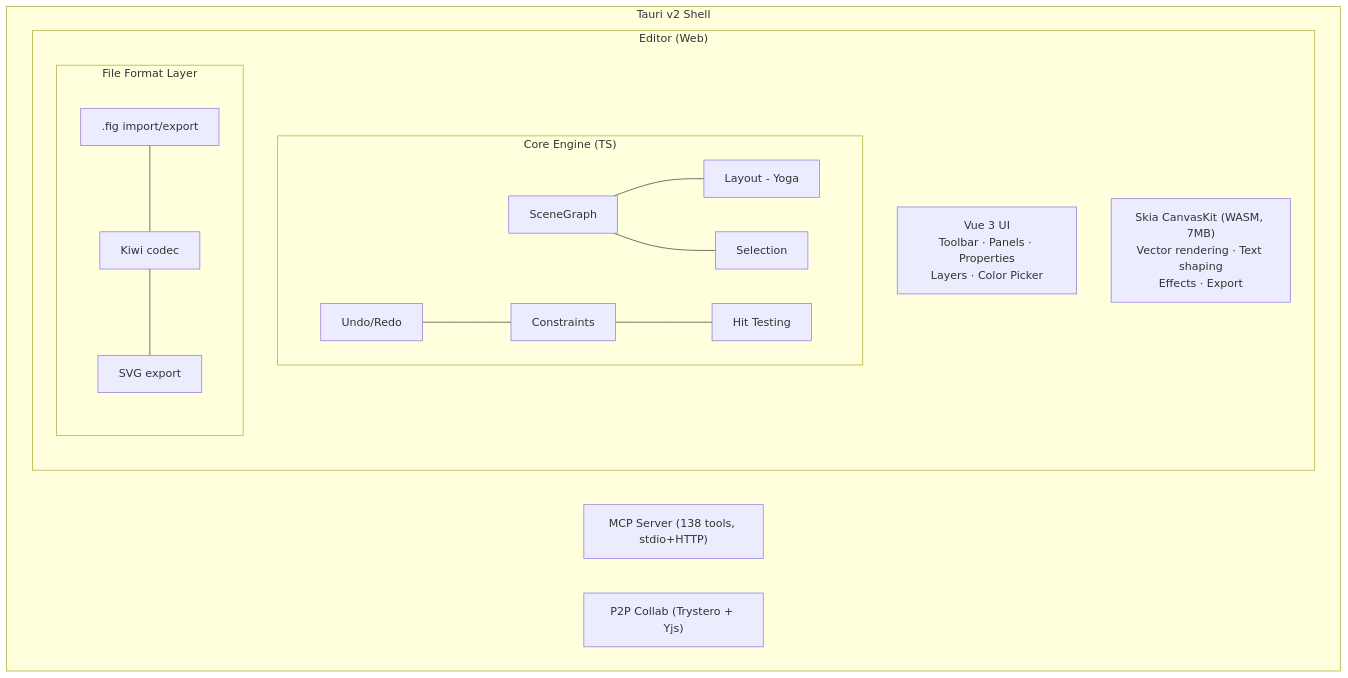
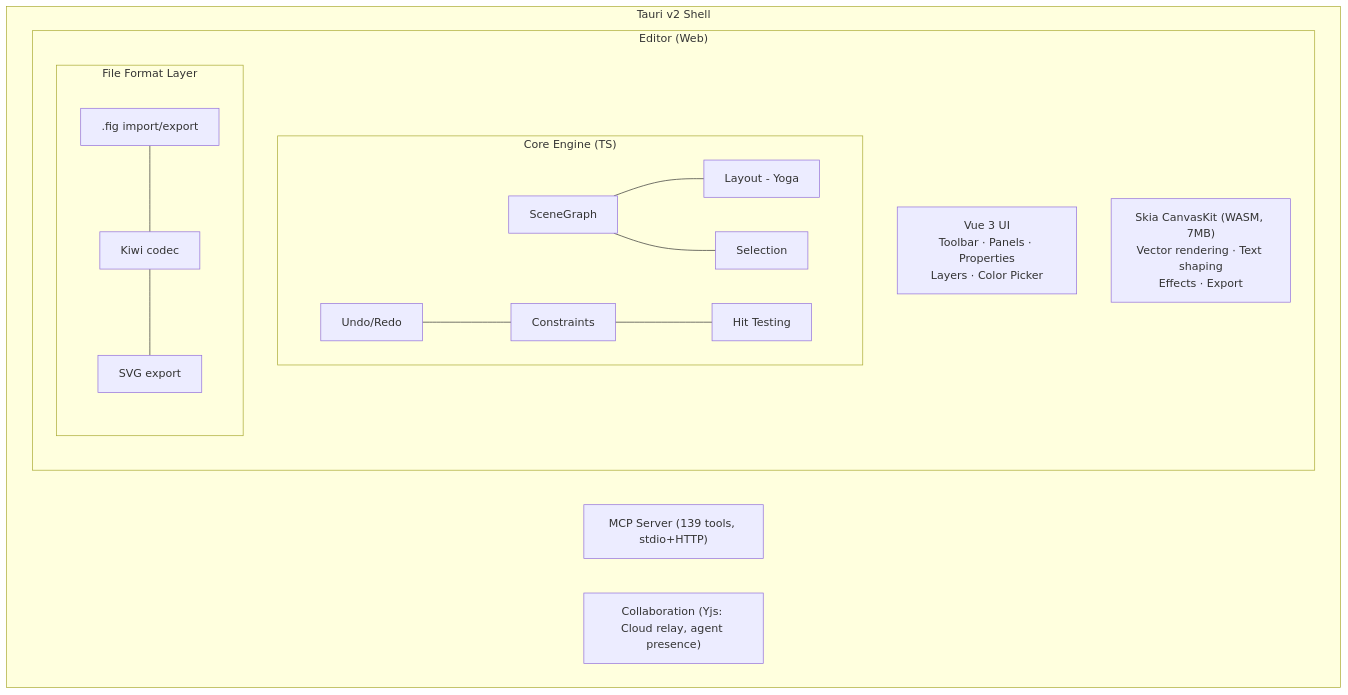
The diagram in packages/docs/development/architecture.md (BadryansahBangsawan/pairdraw), drawn with Mermaid before and after one commit. The commit also changed other lines of this file and 3 other files, not shown here.

````diff
--- a/packages/docs/development/architecture.md
+++ b/packages/docs/development/architecture.md
@@ -8,21 +8,21 @@
 ```mermaid
 graph TB
     subgraph Tauri["Tauri v2 Shell"]
         subgraph Editor["Editor (Web)"]
             UI["Vue 3 UI<br/>Toolbar · Panels · Properties<br/>Layers · Color Picker"]
             Skia["Skia CanvasKit (WASM, 7MB)<br/>Vector rendering · Text shaping<br/>Effects · Export"]
             subgraph Core["Core Engine (TS)"]
                 SG[SceneGraph] --- Layout[Layout - Yoga]
                 SG --- Selection
                 Undo[Undo/Redo] --- Constraints
                 Constraints --- HitTest[Hit Testing]
             end
             subgraph FileFormat["File Format Layer"]
                 FigIO[".fig import/export"] --- Kiwi[Kiwi codec]
                 Kiwi --- SVG[SVG export]
             end
         end
-        MCP["MCP Server (138 tools, stdio+HTTP)"]
-        Collab["P2P Collab (Trystero + Yjs)"]
+        MCP["MCP Server (139 tools, stdio+HTTP)"]
+        Collab["Collaboration (Yjs: Cloud relay, agent presence)"]
     end
 ```
````
